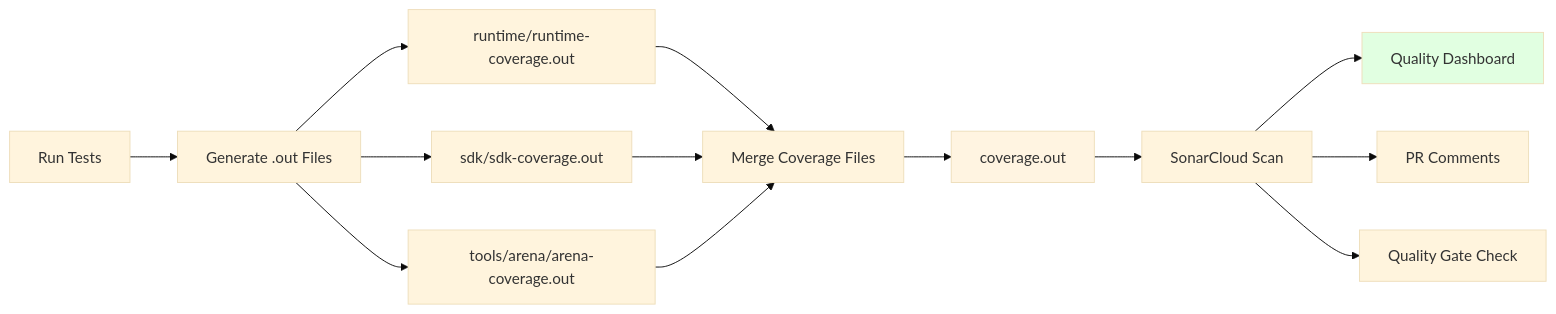
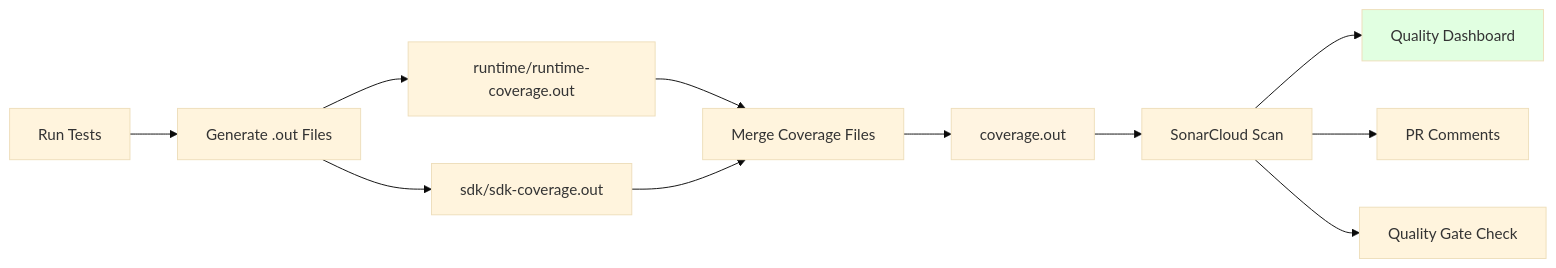
The fourth of 7 diagrams in docs/src/content/docs/devops/ci-cd-diagrams.md (AltairaLabs/PromptKit), drawn with Mermaid (base theme) before and after one commit. The commit also changed other lines of this file and 149 other files, not shown here.

````diff
--- a/docs/src/content/docs/devops/ci-cd-diagrams.md
+++ b/docs/src/content/docs/devops/ci-cd-diagrams.md
@@ -127,22 +114,20 @@
 ```mermaid
 graph LR
     A[Run Tests] --> B[Generate .out Files]
     
     B --> C[runtime/runtime-coverage.out]
     B --> D[sdk/sdk-coverage.out]
-    B --> E[tools/arena/arena-coverage.out]
     
     C --> F[Merge Coverage Files]
     D --> F
-    E --> F
     
     F --> G[coverage.out]
     G --> H[SonarCloud Scan]
     
     H --> I[Quality Dashboard]
     H --> J[PR Comments]
     H --> K[Quality Gate Check]
     
     style G fill:#fff4e1
     style I fill:#e1ffe1
 ```
````
